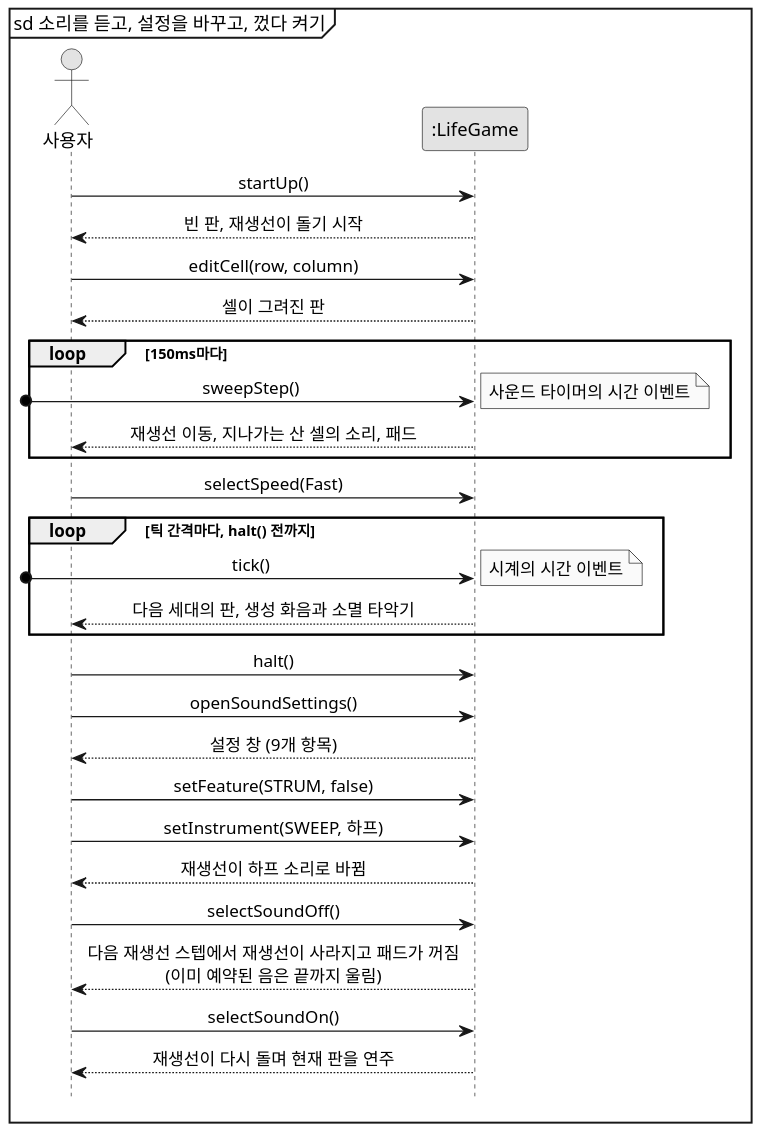
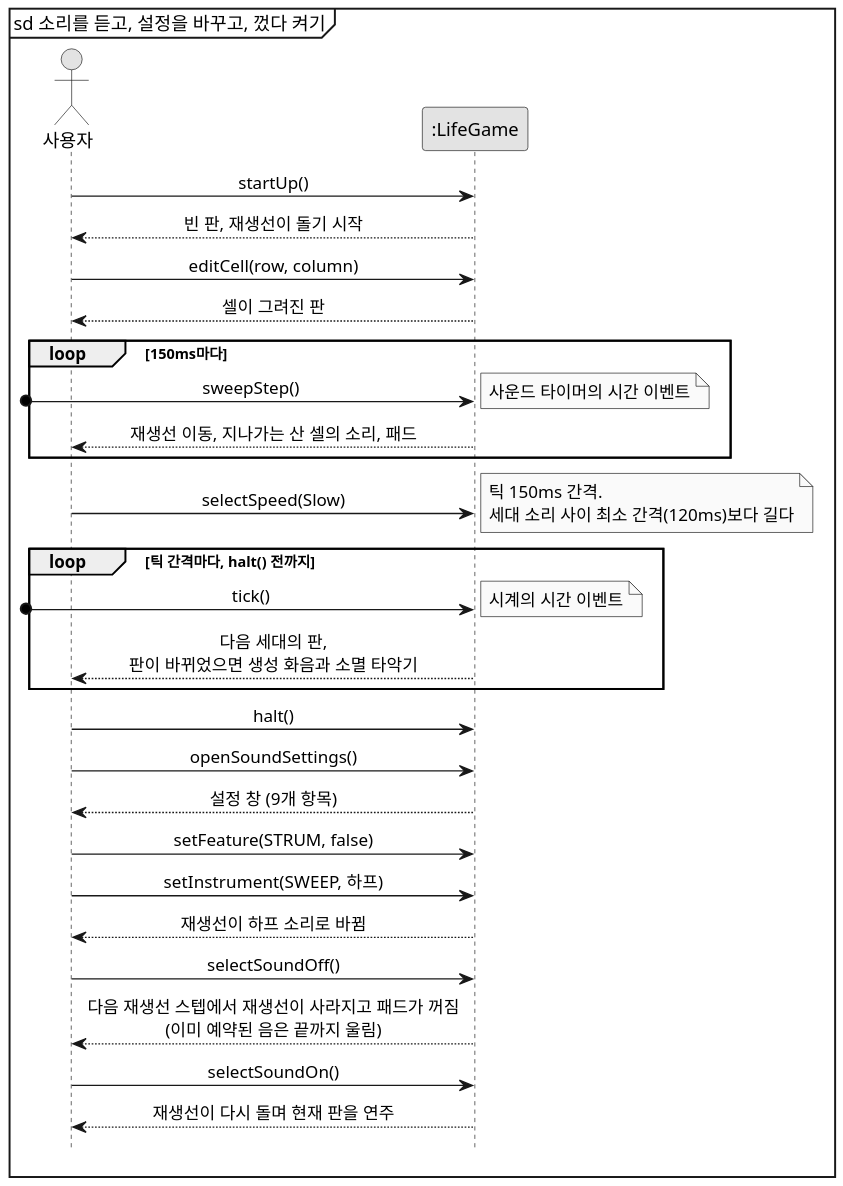
The diagram in docs/sound-effects/diagram/ssd.puml (mckimR1972/DP_team_project), drawn with PlantUML before and after one commit. The commit also changed 5 other files, not shown here.

```diff
--- a/docs/sound-effects/diagram/ssd.puml
+++ b/docs/sound-effects/diagram/ssd.puml
@@ -1,42 +1,43 @@
 @startuml ssd
 skinparam monochrome true
 skinparam dpi 150
 skinparam shadowing false
 skinparam defaultFontName "Malgun Gothic"
 skinparam sequenceMessageAlign center
 hide footbox
 mainframe sd 소리를 듣고, 설정을 바꾸고, 껐다 켜기
 
 actor "사용자" as User
 participant ":LifeGame" as System
 
 User -> System : startUp()
 System --> User : 빈 판, 재생선이 돌기 시작
 
 User -> System : editCell(row, column)
 System --> User : 셀이 그려진 판
 loop 150ms마다
   [o-> System : sweepStep()
   note left : 사운드 타이머의 시간 이벤트
   System --> User : 재생선 이동, 지나가는 산 셀의 소리, 패드
 end
 
-User -> System : selectSpeed(Fast)
+User -> System : selectSpeed(Slow)
+note right : 틱 150ms 간격.\n세대 소리 사이 최소 간격(120ms)보다 길다
 loop 틱 간격마다, halt() 전까지
   [o-> System : tick()
   note left : 시계의 시간 이벤트
-  System --> User : 다음 세대의 판, 생성 화음과 소멸 타악기
+  System --> User : 다음 세대의 판,\n판이 바뀌었으면 생성 화음과 소멸 타악기
 end
 User -> System : halt()
 
 User -> System : openSoundSettings()
 System --> User : 설정 창 (9개 항목)
 User -> System : setFeature(STRUM, false)
 User -> System : setInstrument(SWEEP, 하프)
 System --> User : 재생선이 하프 소리로 바뀜
 
 User -> System : selectSoundOff()
 System --> User : 다음 재생선 스텝에서 재생선이 사라지고 패드가 꺼짐\n(이미 예약된 음은 끝까지 울림)
 User -> System : selectSoundOn()
 System --> User : 재생선이 다시 돌며 현재 판을 연주
 @enduml
```
